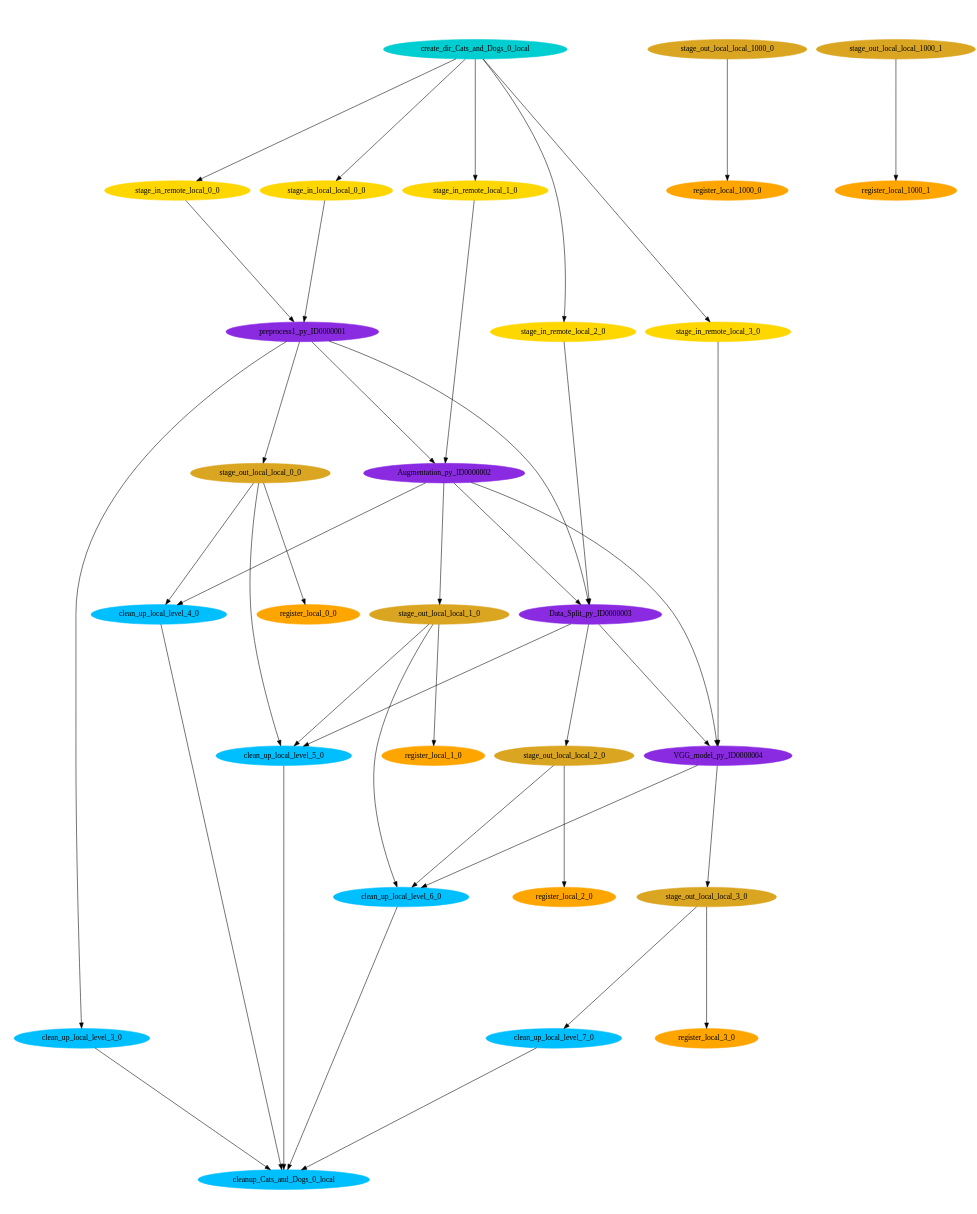
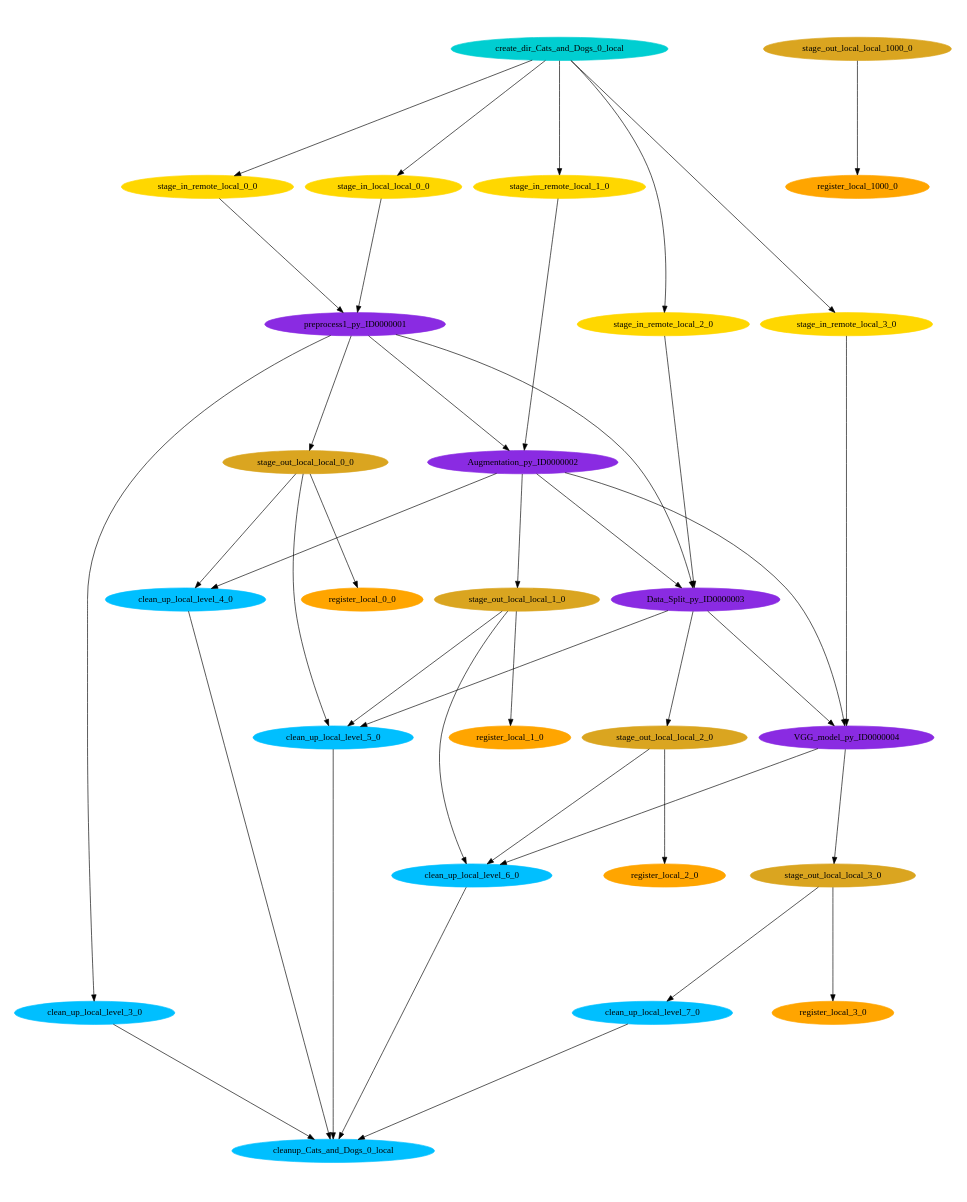
Before and after one commit to ssrujanaa/Scientific-Workflows: the diagram in shared-data/CatsAndDogs/scitech/pegasus/Cats_and_Dogs/run0013/Cats_and_Dogs-0.dot, drawn with Graphviz. The commit also changed 6782 other files, not shown here.

```diff
--- a/shared-data/CatsAndDogs/scitech/pegasus/Cats_and_Dogs/run0013/Cats_and_Dogs-0.dot
+++ b/shared-data/CatsAndDogs/scitech/pegasus/Cats_and_Dogs/run0013/Cats_and_Dogs-0.dot
@@ -1,75 +1,72 @@
 digraph E {
 size="8.0,10.0"
 ratio=fill
 node [shape=ellipse]
 edge [arrowhead=normal, arrowsize=1.0]
 	"stage_in_remote_local_2_0" [color=gold,style=filled,label="stage_in_remote_local_2_0"]
 	"cleanup_Cats_and_Dogs_0_local" [color=deepskyblue,style=filled,label="cleanup_Cats_and_Dogs_0_local"]
 	"stage_in_remote_local_1_0" [color=gold,style=filled,label="stage_in_remote_local_1_0"]
 	"stage_in_remote_local_0_0" [color=gold,style=filled,label="stage_in_remote_local_0_0"]
 	"clean_up_local_level_3_0" [color=deepskyblue,style=filled,label="clean_up_local_level_3_0"]
 	"preprocess1_py_ID0000001" [color=blueviolet,style=filled,label="preprocess1_py_ID0000001"]
 	"clean_up_local_level_4_0" [color=deepskyblue,style=filled,label="clean_up_local_level_4_0"]
 	"clean_up_local_level_5_0" [color=deepskyblue,style=filled,label="clean_up_local_level_5_0"]
 	"clean_up_local_level_6_0" [color=deepskyblue,style=filled,label="clean_up_local_level_6_0"]
 	"clean_up_local_level_7_0" [color=deepskyblue,style=filled,label="clean_up_local_level_7_0"]
 	"stage_in_local_local_0_0" [color=gold,style=filled,label="stage_in_local_local_0_0"]
 	"Data_Split_py_ID0000003" [color=blueviolet,style=filled,label="Data_Split_py_ID0000003"]
 	"stage_in_remote_local_3_0" [color=gold,style=filled,label="stage_in_remote_local_3_0"]
 	"stage_out_local_local_1000_0" [color=goldenrod,style=filled,label="stage_out_local_local_1000_0"]
-	"stage_out_local_local_1000_1" [color=goldenrod,style=filled,label="stage_out_local_local_1000_1"]
 	"stage_out_local_local_3_0" [color=goldenrod,style=filled,label="stage_out_local_local_3_0"]
 	"stage_out_local_local_2_0" [color=goldenrod,style=filled,label="stage_out_local_local_2_0"]
 	"stage_out_local_local_1_0" [color=goldenrod,style=filled,label="stage_out_local_local_1_0"]
 	"VGG_model_py_ID0000004" [color=blueviolet,style=filled,label="VGG_model_py_ID0000004"]
 	"stage_out_local_local_0_0" [color=goldenrod,style=filled,label="stage_out_local_local_0_0"]
 	"register_local_1000_0" [color=orange,style=filled,label="register_local_1000_0"]
-	"register_local_1000_1" [color=orange,style=filled,label="register_local_1000_1"]
 	"Augmentation_py_ID0000002" [color=blueviolet,style=filled,label="Augmentation_py_ID0000002"]
 	"create_dir_Cats_and_Dogs_0_local" [color=darkturquoise,style=filled,label="create_dir_Cats_and_Dogs_0_local"]
 	"register_local_3_0" [color=orange,style=filled,label="register_local_3_0"]
 	"register_local_2_0" [color=orange,style=filled,label="register_local_2_0"]
 	"register_local_1_0" [color=orange,style=filled,label="register_local_1_0"]
 	"register_local_0_0" [color=orange,style=filled,label="register_local_0_0"]
 
 	"stage_in_remote_local_2_0" -> "Data_Split_py_ID0000003"
 	"stage_in_remote_local_1_0" -> "Augmentation_py_ID0000002"
 	"stage_in_remote_local_0_0" -> "preprocess1_py_ID0000001"
 	"clean_up_local_level_3_0" -> "cleanup_Cats_and_Dogs_0_local"
 	"preprocess1_py_ID0000001" -> "Augmentation_py_ID0000002"
 	"preprocess1_py_ID0000001" -> "Data_Split_py_ID0000003"
 	"preprocess1_py_ID0000001" -> "clean_up_local_level_3_0"
 	"preprocess1_py_ID0000001" -> "stage_out_local_local_0_0"
 	"clean_up_local_level_4_0" -> "cleanup_Cats_and_Dogs_0_local"
 	"clean_up_local_level_5_0" -> "cleanup_Cats_and_Dogs_0_local"
 	"clean_up_local_level_6_0" -> "cleanup_Cats_and_Dogs_0_local"
 	"clean_up_local_level_7_0" -> "cleanup_Cats_and_Dogs_0_local"
 	"stage_in_local_local_0_0" -> "preprocess1_py_ID0000001"
 	"Data_Split_py_ID0000003" -> "stage_out_local_local_2_0"
 	"Data_Split_py_ID0000003" -> "VGG_model_py_ID0000004"
 	"Data_Split_py_ID0000003" -> "clean_up_local_level_5_0"
 	"stage_in_remote_local_3_0" -> "VGG_model_py_ID0000004"
 	"stage_out_local_local_1000_0" -> "register_local_1000_0"
-	"stage_out_local_local_1000_1" -> "register_local_1000_1"
 	"stage_out_local_local_3_0" -> "register_local_3_0"
 	"stage_out_local_local_3_0" -> "clean_up_local_level_7_0"
 	"stage_out_local_local_2_0" -> "register_local_2_0"
 	"stage_out_local_local_2_0" -> "clean_up_local_level_6_0"
 	"stage_out_local_local_1_0" -> "register_local_1_0"
 	"stage_out_local_local_1_0" -> "clean_up_local_level_5_0"
 	"stage_out_local_local_1_0" -> "clean_up_local_level_6_0"
 	"VGG_model_py_ID0000004" -> "stage_out_local_local_3_0"
 	"VGG_model_py_ID0000004" -> "clean_up_local_level_6_0"
 	"stage_out_local_local_0_0" -> "register_local_0_0"
 	"stage_out_local_local_0_0" -> "clean_up_local_level_4_0"
 	"stage_out_local_local_0_0" -> "clean_up_local_level_5_0"
 	"Augmentation_py_ID0000002" -> "Data_Split_py_ID0000003"
 	"Augmentation_py_ID0000002" -> "stage_out_local_local_1_0"
 	"Augmentation_py_ID0000002" -> "VGG_model_py_ID0000004"
 	"Augmentation_py_ID0000002" -> "clean_up_local_level_4_0"
 	"create_dir_Cats_and_Dogs_0_local" -> "stage_in_remote_local_2_0"
 	"create_dir_Cats_and_Dogs_0_local" -> "stage_in_remote_local_1_0"
 	"create_dir_Cats_and_Dogs_0_local" -> "stage_in_remote_local_0_0"
 	"create_dir_Cats_and_Dogs_0_local" -> "stage_in_local_local_0_0"
 	"create_dir_Cats_and_Dogs_0_local" -> "stage_in_remote_local_3_0"
 }
```
